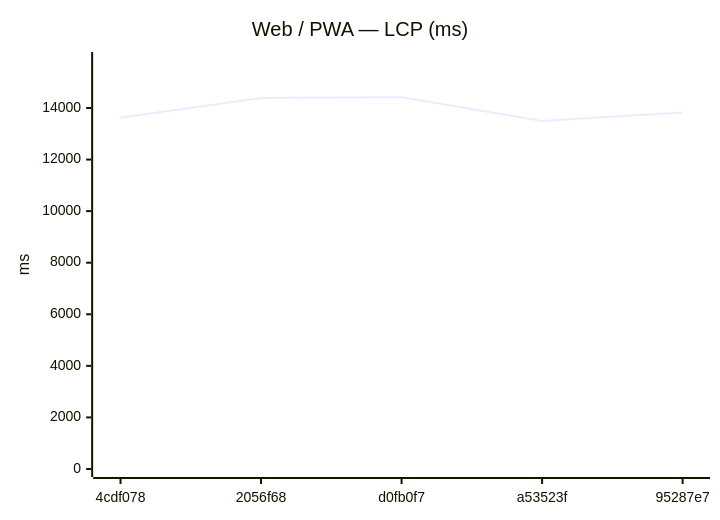
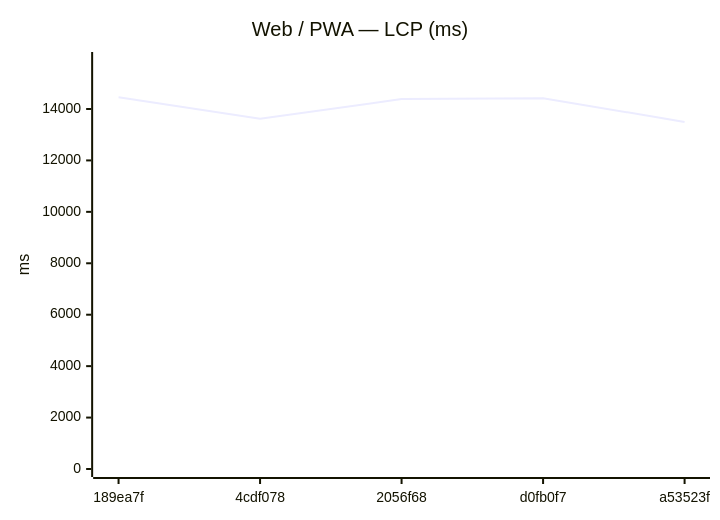
Before and after one commit to Metaheurist/Rianell: the seventh of 18 diagrams in benchmarks/compare.md, drawn with Mermaid. The commit also changed other lines of this file and 11 other files, not shown here.

````diff
--- a/benchmarks/compare.md
+++ b/benchmarks/compare.md
@@ -117,7 +117,7 @@
 ```mermaid
 xychart-beta
     title "Web / PWA — LCP (ms)"
-    x-axis ["4cdf078", "2056f68", "d0fb0f7", "a53523f", "95287e7"]
-    y-axis "ms" 0 --> 15861
-    line [13617, 14386, 14419, 13497, 13828]
+    x-axis ["189ea7f", "4cdf078", "2056f68", "d0fb0f7", "a53523f"]
+    y-axis "ms" 0 --> 15905
+    line [14459, 13617, 14386, 14419, 13497]
 ```
````
